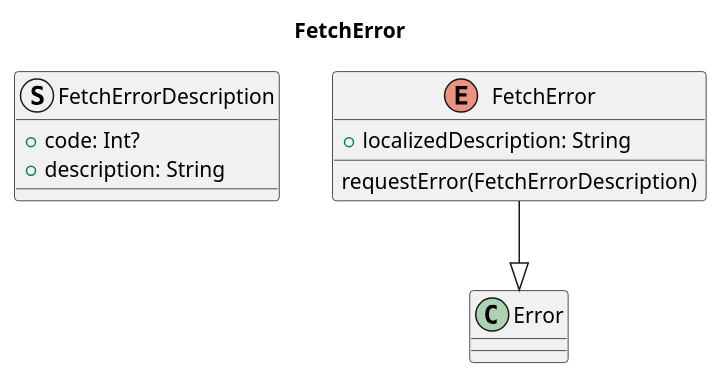
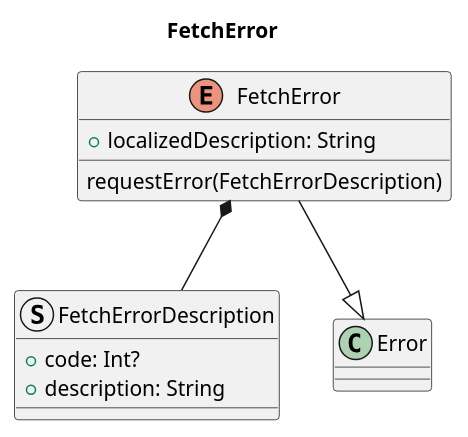
One commit to vitali-kurlovich/demo-service-layer changed the diagram in Documents/Services/Error/FetchError.puml. Above: the diagram before and after it, drawn with PlantUML. The commit also changed 9 other files, not shown here.

Commit message:
Update UML

```diff
--- a/Documents/Services/Error/FetchError.puml
+++ b/Documents/Services/Error/FetchError.puml
@@ -1,16 +1,17 @@
 @startuml
 title FetchError
 
 struct FetchErrorDescription {
     + code: Int?
     + description: String
 }
 
 enum FetchError {
     requestError(FetchErrorDescription)
     + localizedDescription: String
 }
 
 FetchError --|> Error
+FetchError *-- FetchErrorDescription
 
 @enduml
```
